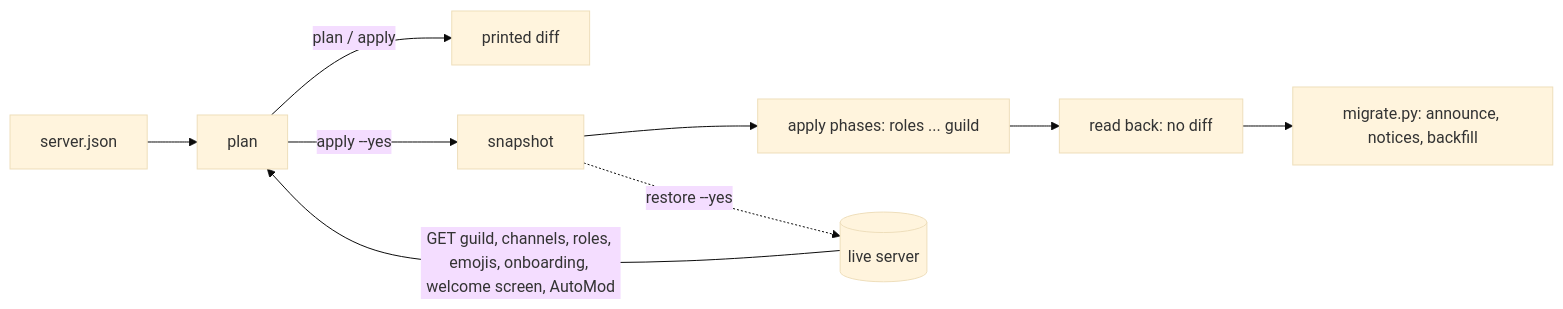
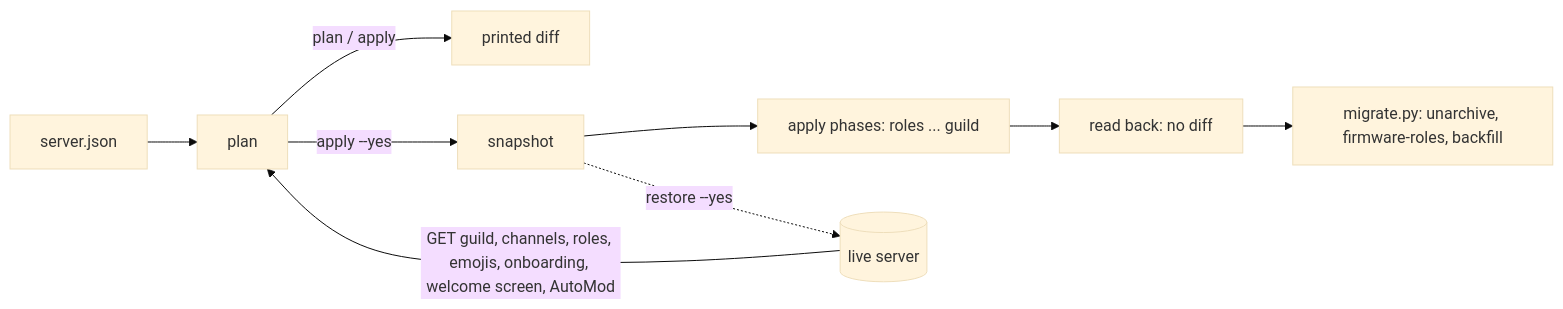
One commit to OpenDrone-hw/discord changed the first of 4 diagrams in README.md. Above: the diagram before and after it, drawn with Mermaid (base theme). The commit also changed other lines of this file and 9 other files, not shown here.

````diff
--- a/README.md
+++ b/README.md
@@ -11,9 +11,9 @@
 ```mermaid
 flowchart LR
   J[server.json] --> P[plan]
   L[(live server)] -->|GET guild, channels, roles, emojis, onboarding, welcome screen, AutoMod| P
   P -->|plan / apply| R[printed diff]
   P -->|apply --yes| S[snapshot] --> A[apply phases: roles ... guild] --> B[read back: no diff]
   S -.->|restore --yes| L
-  B --> M[migrate.py: announce, notices, backfill]
+  B --> M[migrate.py: unarchive, firmware-roles, backfill]
 ```
````
